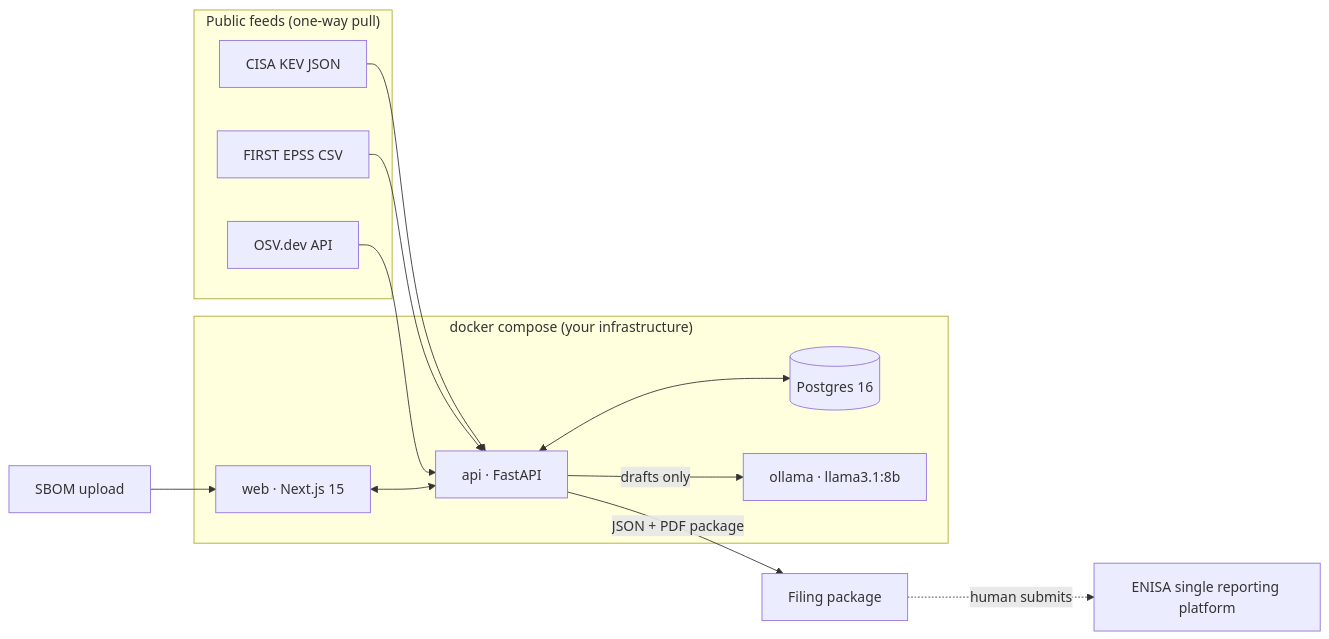
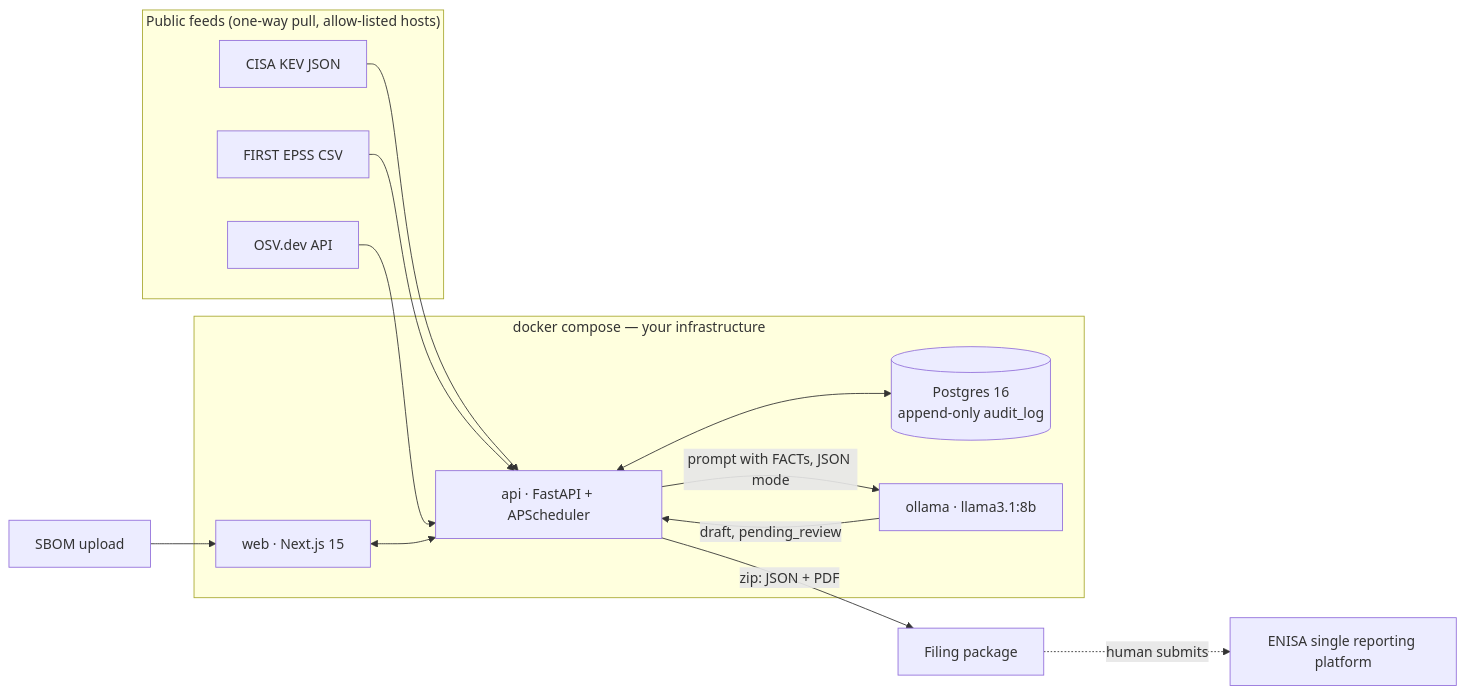
The diagram in README.md (AmatyaJoshi/Frist24), drawn with Mermaid before and after one commit. The commit also changed other lines of this file and 2 other files, not shown here.

First line of the commit message:
docs(step-12): final README (problem, architecture, quickstart, data sources, real-vs-simulated, limitations, AI Act/GDPR, roadmap) and docs/DEVPOST.md with video script

````diff
--- a/README.md
+++ b/README.md
@@ -27,23 +41,24 @@
 ```mermaid
 flowchart LR
-  subgraph public["Public feeds (one-way pull)"]
+  subgraph public["Public feeds (one-way pull, allow-listed hosts)"]
     KEV[CISA KEV JSON]
     EPSS[FIRST EPSS CSV]
     OSV[OSV.dev API]
   end
-  subgraph host["docker compose (your infrastructure)"]
+  subgraph host["docker compose — your infrastructure"]
     WEB[web · Next.js 15]
-    API[api · FastAPI]
-    DB[(Postgres 16)]
+    API[api · FastAPI + APScheduler]
+    DB[(Postgres 16<br/>append-only audit_log)]
     LLM[ollama · llama3.1:8b]
   end
   KEV --> API
   EPSS --> API
   OSV --> API
+  SBOM[SBOM upload] --> WEB
   WEB <--> API
   API <--> DB
-  API -->|drafts only| LLM
-  SBOM[SBOM upload] --> WEB
-  API -->|JSON + PDF package| PKG[Filing package]
+  API -->|prompt with FACTs, JSON mode| LLM
+  LLM -->|draft, pending_review| API
+  API -->|zip: JSON + PDF| PKG[Filing package]
   PKG -.->|human submits| ENISA[ENISA single reporting platform]
 ```
````
